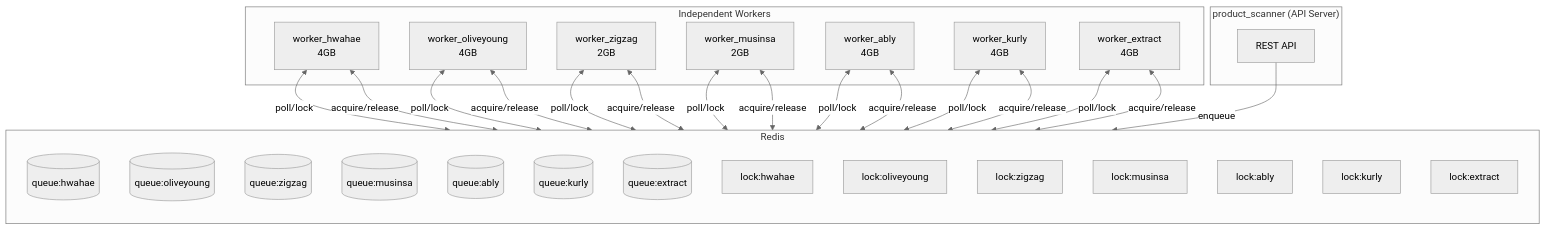
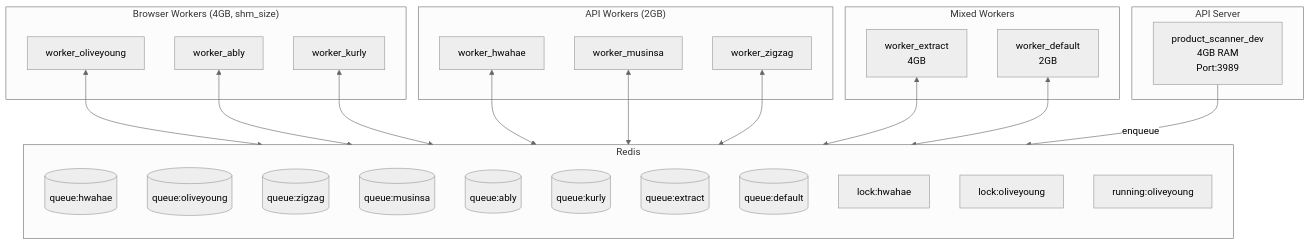
One commit to grandeclip/pouchit-scraper changed the first of 2 diagrams in product_scanner/docs/MULTI_WORKER_QUEUE_DESIGN.md. Above: the diagram before and after it, drawn with Mermaid (neutral theme). The commit also changed other lines of this file and 10 other files, not shown here.

First line of the commit message:
feat(queue): Multi-Worker Queue System Phase 1 & 2 구현 완료

````diff
--- a/product_scanner/docs/MULTI_WORKER_QUEUE_DESIGN.md
+++ b/product_scanner/docs/MULTI_WORKER_QUEUE_DESIGN.md
@@ -122,58 +43,49 @@
 ```mermaid
 flowchart TB
-    subgraph Server["product_scanner (API Server)"]
-        API[REST API]
+    subgraph Server["API Server"]
+        API[product_scanner_dev<br/>4GB RAM<br/>Port:3989]
     end
 
     subgraph Redis["Redis"]
         direction TB
         Q1[(queue:hwahae)]
         Q2[(queue:oliveyoung)]
         Q3[(queue:zigzag)]
         Q4[(queue:musinsa)]
         Q5[(queue:ably)]
         Q6[(queue:kurly)]
         Q7[(queue:extract)]
+        Q8[(queue:default)]
 
         Lock1[lock:hwahae]
         Lock2[lock:oliveyoung]
-        Lock3[lock:zigzag]
-        Lock4[lock:musinsa]
-        Lock5[lock:ably]
-        Lock6[lock:kurly]
-        Lock7[lock:extract]
+        Running1[running:oliveyoung]
     end
 
-    subgraph Workers["Independent Workers"]
-        W1[worker_hwahae<br/>4GB]
-        W2[worker_oliveyoung<br/>4GB]
-        W3[worker_zigzag<br/>2GB]
-        W4[worker_musinsa<br/>2GB]
-        W5[worker_ably<br/>4GB]
-        W6[worker_kurly<br/>4GB]
+    subgraph BrowserWorkers["Browser Workers (4GB, shm_size)"]
+        W1[worker_oliveyoung]
+        W2[worker_ably]
+        W3[worker_kurly]
+    end
+
+    subgraph APIWorkers["API Workers (2GB)"]
+        W4[worker_hwahae]
+        W5[worker_musinsa]
+        W6[worker_zigzag]
+    end
+
+    subgraph MixedWorkers["Mixed Workers"]
         W7[worker_extract<br/>4GB]
+        W8[worker_default<br/>2GB]
     end
 
     API -->|enqueue| Redis
-
-    W1 <-->|poll/lock| Q1
-    W1 <-->|acquire/release| Lock1
-
-    W2 <-->|poll/lock| Q2
-    W2 <-->|acquire/release| Lock2
-
-    W3 <-->|poll/lock| Q3
-    W3 <-->|acquire/release| Lock3
-
-    W4 <-->|poll/lock| Q4
-    W4 <-->|acquire/release| Lock4
-
-    W5 <-->|poll/lock| Q5
-    W5 <-->|acquire/release| Lock5
-
-    W6 <-->|poll/lock| Q6
-    W6 <-->|acquire/release| Lock6
-
-    W7 <-->|poll/lock| Q7
-    W7 <-->|acquire/release| Lock7
+    W1 <--> Q2
+    W2 <--> Q5
+    W3 <--> Q6
+    W4 <--> Q1
+    W5 <--> Q4
+    W6 <--> Q3
+    W7 <--> Q7
+    W8 <--> Q8
 ```
````
